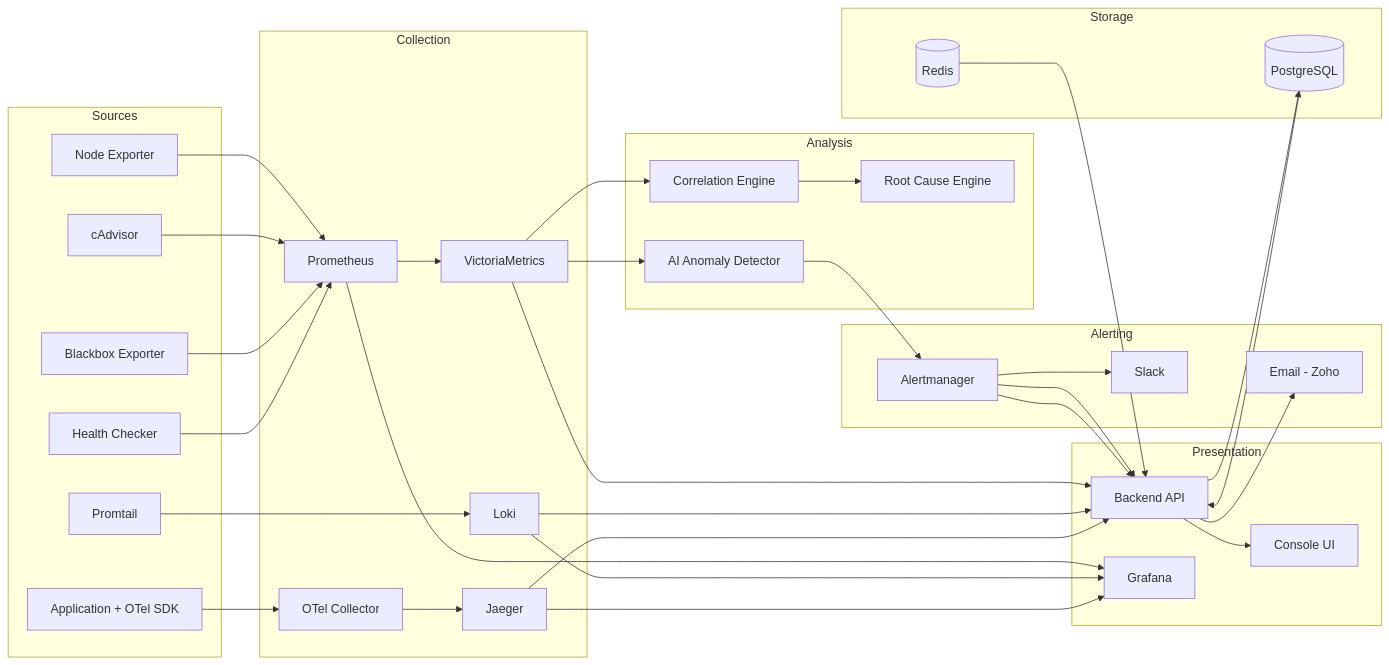
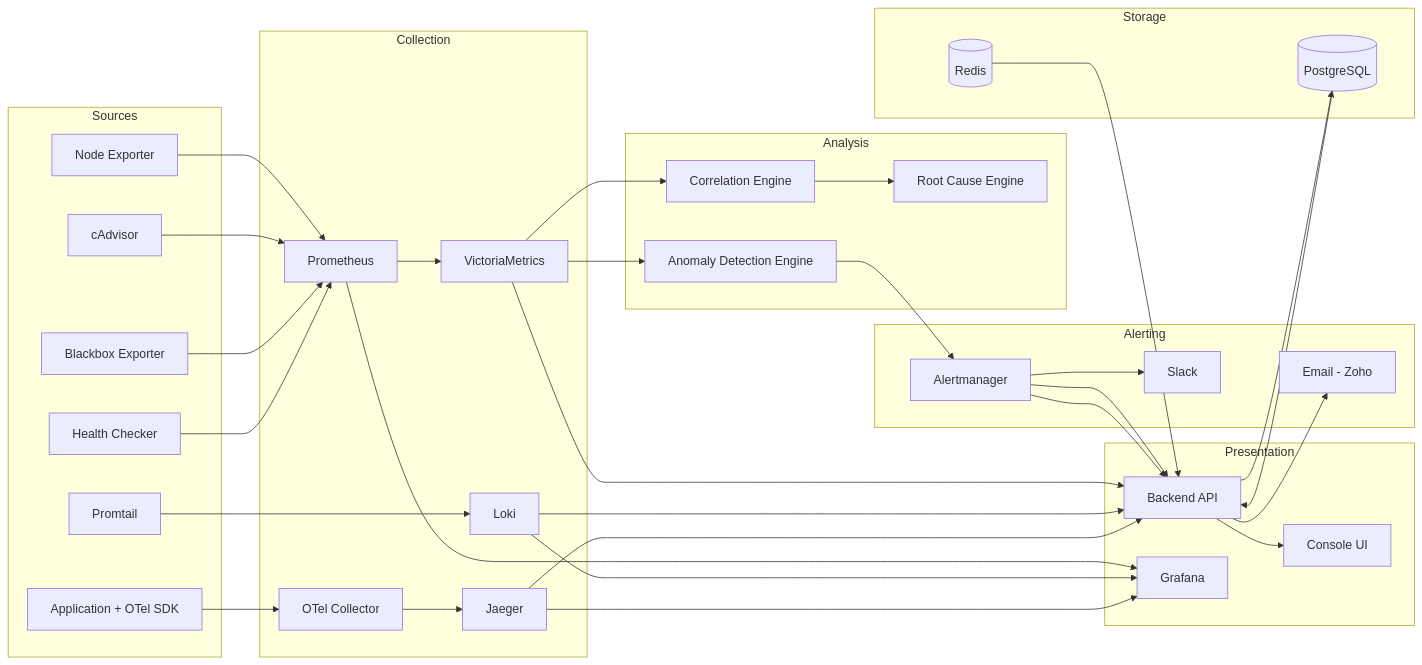
Before and after one commit to Rafael2712/rhinometric-overview: the second of 2 diagrams in rhinometric-console/docs/TECHNICAL_PLATFORM_OVERVIEW.md, drawn with Mermaid. The commit also changed other lines of this file and 11 other files, not shown here.

````diff
--- a/rhinometric-console/docs/TECHNICAL_PLATFORM_OVERVIEW.md
+++ b/rhinometric-console/docs/TECHNICAL_PLATFORM_OVERVIEW.md
@@ -295,69 +298,69 @@
 ```mermaid
 flowchart LR
     subgraph Sources
         NE[Node Exporter]
         CA[cAdvisor]
         BB[Blackbox Exporter]
         HC[Health Checker]
         APP[Application + OTel SDK]
         PT[Promtail]
     end
 
     subgraph Collection
         PROM[Prometheus]
         VM[VictoriaMetrics]
         LOKI[Loki]
         JAEGER[Jaeger]
         OTEL[OTel Collector]
     end
 
     subgraph Analysis
-        AI[AI Anomaly Detector]
+        AI[Anomaly Detection Engine]
         CORR[Correlation Engine]
         RCA[Root Cause Engine]
     end
 
     subgraph Alerting
         AM[Alertmanager]
         SLACK[Slack]
         EMAIL[Email - Zoho]
     end
 
     subgraph Storage
         PG[(PostgreSQL)]
         REDIS[(Redis)]
     end
 
     subgraph Presentation
         BE[Backend API]
         FE[Console UI]
         GF[Grafana]
     end
 
     NE --> PROM
     CA --> PROM
     BB --> PROM
     HC --> PROM
     PROM --> VM
     APP --> OTEL --> JAEGER
     PT --> LOKI
 
     VM --> AI
     AI --> AM
     AM --> SLACK
     AM --> BE --> EMAIL
     AM --> BE --> PG
 
     VM --> CORR
     CORR --> RCA
 
     PG --> BE
     REDIS --> BE
     VM --> BE
     LOKI --> BE
     JAEGER --> BE
     BE --> FE
     PROM --> GF
     LOKI --> GF
     JAEGER --> GF
 ```
````
